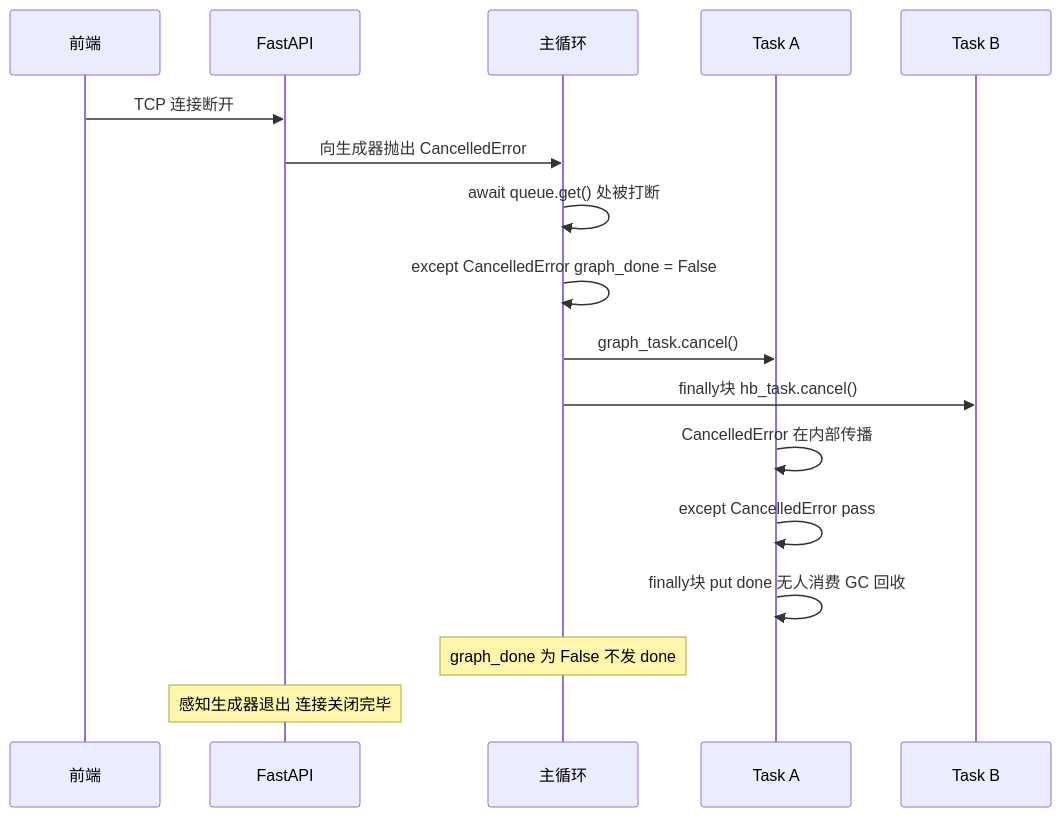
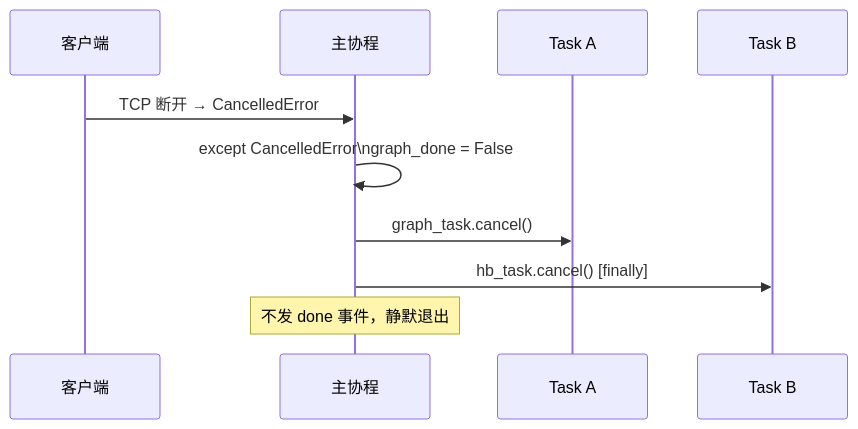
One commit to toolclub/wechat changed the ninth of 13 diagrams in llm-chat/backend/README.md. Above: the diagram before and after it, drawn with Mermaid. The commit also changed other lines of this file and 38 other files, not shown here.

````diff
--- a/llm-chat/backend/README.md
+++ b/llm-chat/backend/README.md
@@ -372,20 +319,13 @@
 ```mermaid
 sequenceDiagram
-    participant FE as 前端
-    participant FA as FastAPI
-    participant M  as 主循环
-    participant GA as Task A
-    participant HB as Task B
+    participant C as 客户端
+    participant M as 主协程
+    participant A as Task A
+    participant B as Task B
 
-    FE->>FA: TCP 连接断开
-    FA->>M: 向生成器抛出 CancelledError
-    M->>M: await queue.get() 处被打断
-    M->>M: except CancelledError graph_done = False
-    M->>GA: graph_task.cancel()
-    M->>HB: finally块 hb_task.cancel()
-    GA->>GA: CancelledError 在内部传播
-    GA->>GA: except CancelledError pass
-    GA->>GA: finally块 put done 无人消费 GC 回收
-    Note over M: graph_done 为 False 不发 done
-    Note over FA: 感知生成器退出 连接关闭完毕
+    C->>M: TCP 断开 → CancelledError
+    M->>M: except CancelledError\ngraph_done = False
+    M->>A: graph_task.cancel()
+    M->>B: hb_task.cancel() [finally]
+    Note over M: 不发 done 事件，静默退出
 ```
````
